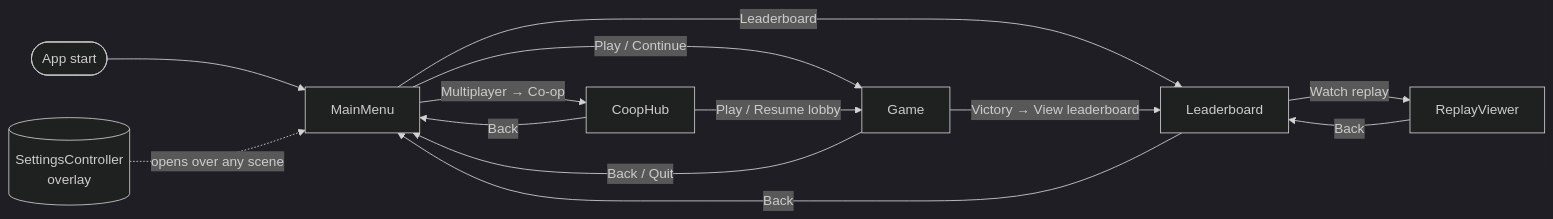
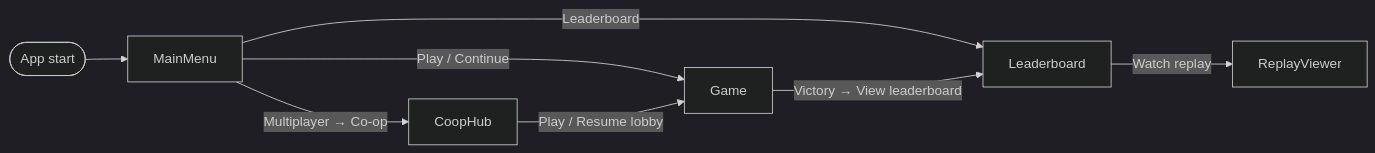
Before and after one commit to vicplusplus/arrow-thing: the second of 5 diagrams in docs/TechnicalDesign.md, drawn with Mermaid (dark theme). The commit also changed other lines of this file, not shown here.

First line of the commit message:
docs: drop back/cancel arrows from scene-flow diagrams

````diff
--- a/docs/TechnicalDesign.md
+++ b/docs/TechnicalDesign.md
@@ -261,15 +261,10 @@
 ```mermaid
 flowchart LR
     boot([App start]) --> mm[MainMenu]
     mm -->|Play / Continue| game[Game]
     mm -->|Leaderboard| lb[Leaderboard]
     mm -->|Multiplayer → Co-op| ch[CoopHub]
     ch -->|Play / Resume lobby| game
     lb -->|Watch replay| rv[ReplayViewer]
-    game -->|Back / Quit| mm
     game -->|Victory → View leaderboard| lb
-    ch -->|Back| mm
-    lb -->|Back| mm
-    rv -->|Back| lb
-    settings[(SettingsController<br/>overlay)] -.->|opens over any scene| mm
 ```
````
